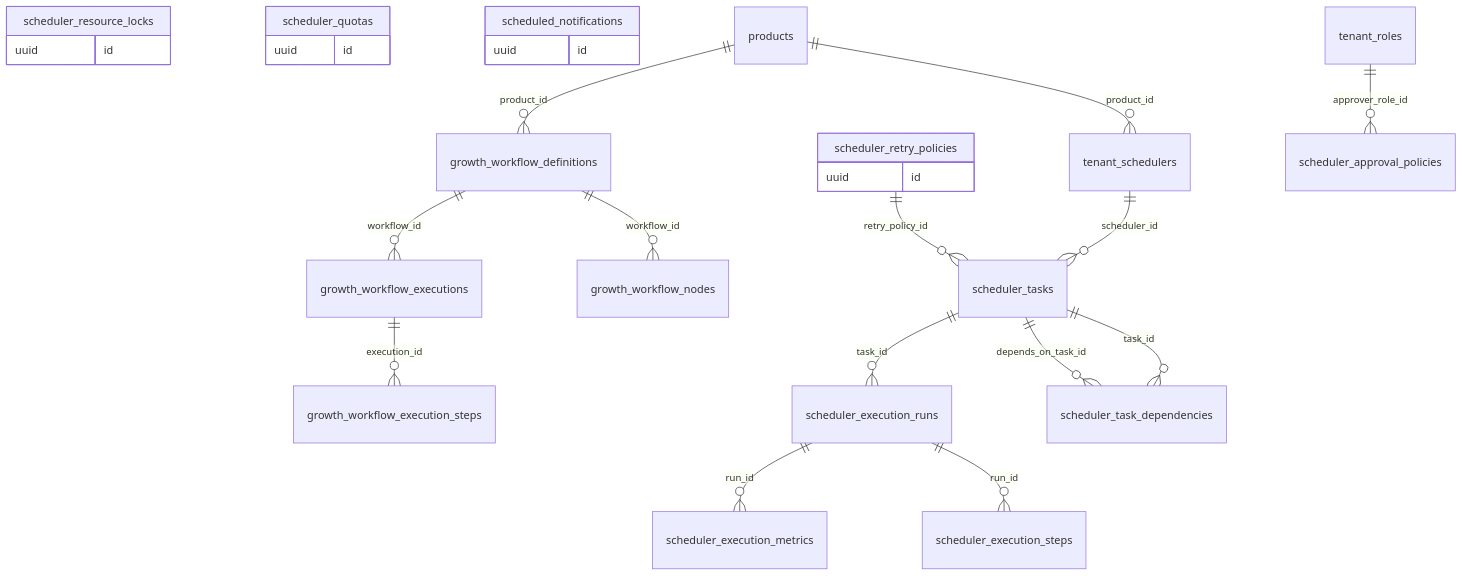
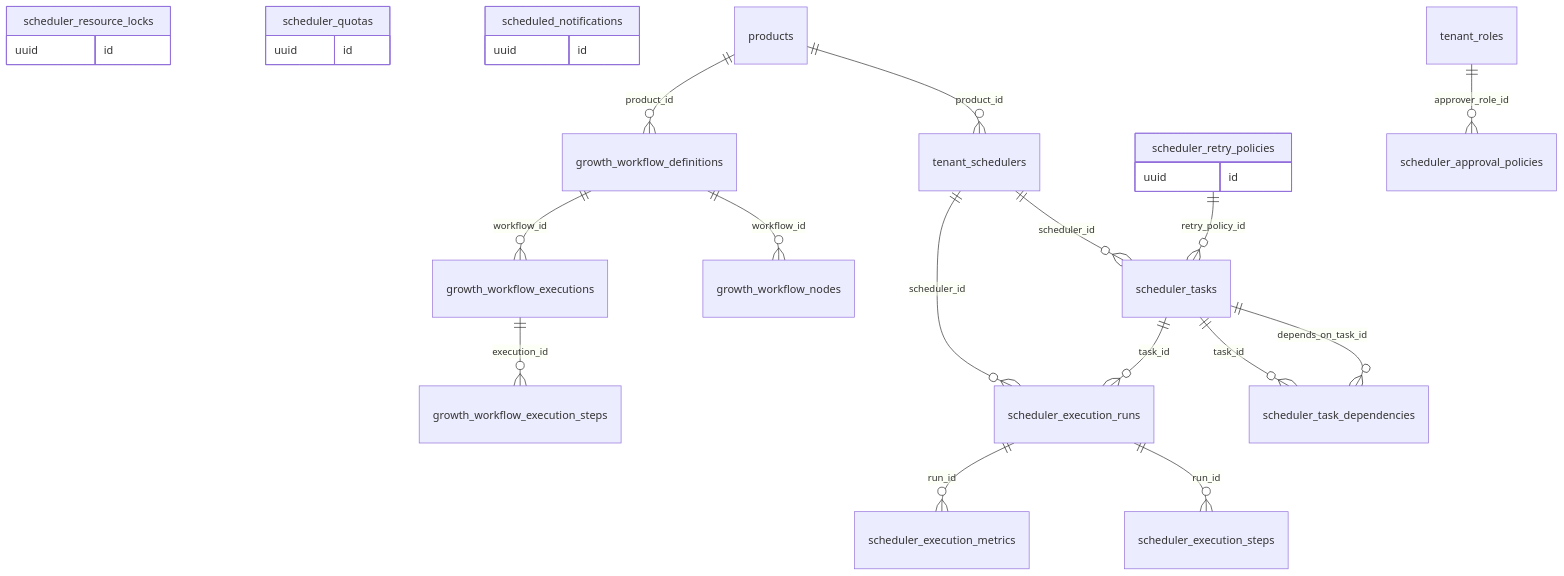
Before and after one commit to yassineelhif5-pixel/Grouth-IA: the sixth of 21 diagrams in docs/database/ERD.md, drawn with Mermaid. The commit also changed other lines of this file and 35 other files, not shown here.

First line of the commit message:
feat(database): PROMPT 2 additive schema — 291 tables, run tables, business roles, WhatsApp, page builder, growth policies, AI routing

````diff
--- a/docs/database/ERD.md
+++ b/docs/database/ERD.md
@@ -133,20 +136,21 @@
 ```mermaid
 erDiagram
     scheduler_retry_policies { uuid id }
     scheduler_resource_locks { uuid id }
     scheduler_quotas { uuid id }
     scheduled_notifications { uuid id }
     growth_workflow_definitions ||--o{ growth_workflow_executions : workflow_id
     growth_workflow_definitions ||--o{ growth_workflow_nodes : workflow_id
     growth_workflow_executions ||--o{ growth_workflow_execution_steps : execution_id
     products ||--o{ growth_workflow_definitions : product_id
     products ||--o{ tenant_schedulers : product_id
     scheduler_execution_runs ||--o{ scheduler_execution_metrics : run_id
     scheduler_execution_runs ||--o{ scheduler_execution_steps : run_id
     scheduler_retry_policies ||--o{ scheduler_tasks : retry_policy_id
     scheduler_tasks ||--o{ scheduler_execution_runs : task_id
     scheduler_tasks ||--o{ scheduler_task_dependencies : depends_on_task_id
     scheduler_tasks ||--o{ scheduler_task_dependencies : task_id
     tenant_roles ||--o{ scheduler_approval_policies : approver_role_id
+    tenant_schedulers ||--o{ scheduler_execution_runs : scheduler_id
     tenant_schedulers ||--o{ scheduler_tasks : scheduler_id
 ```
````
